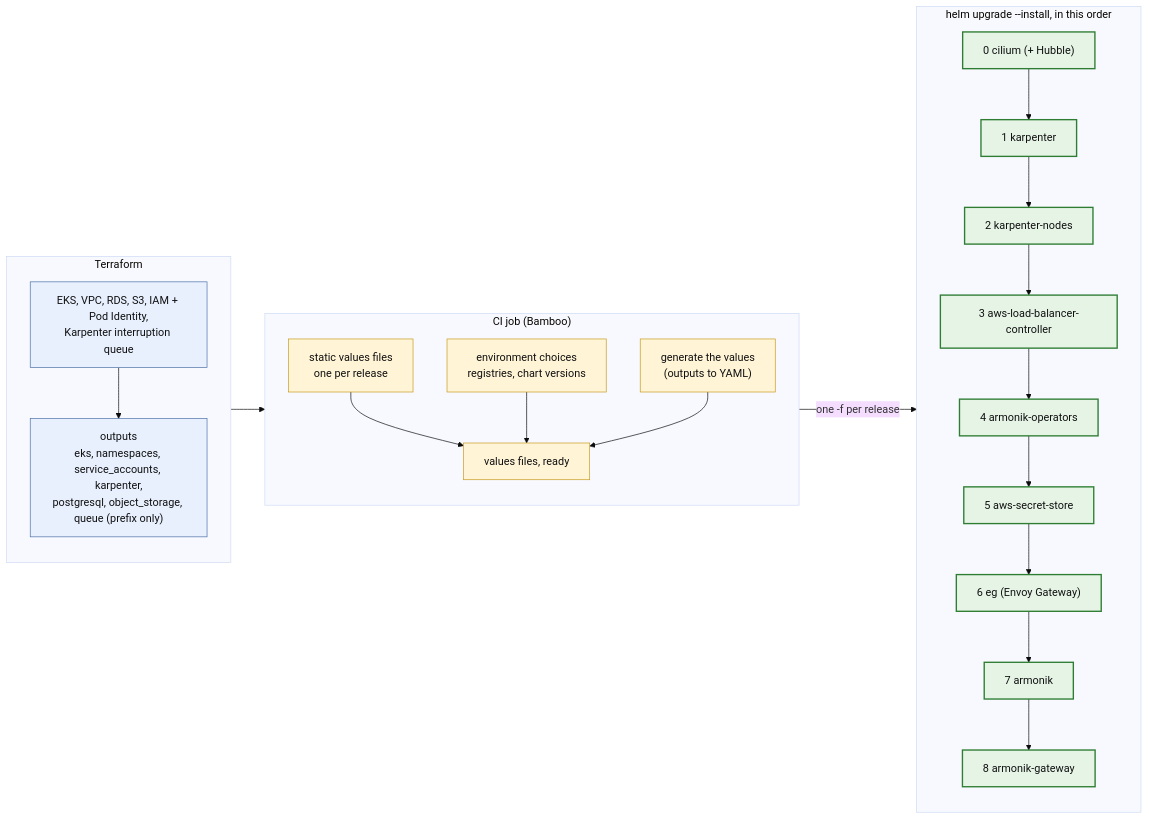
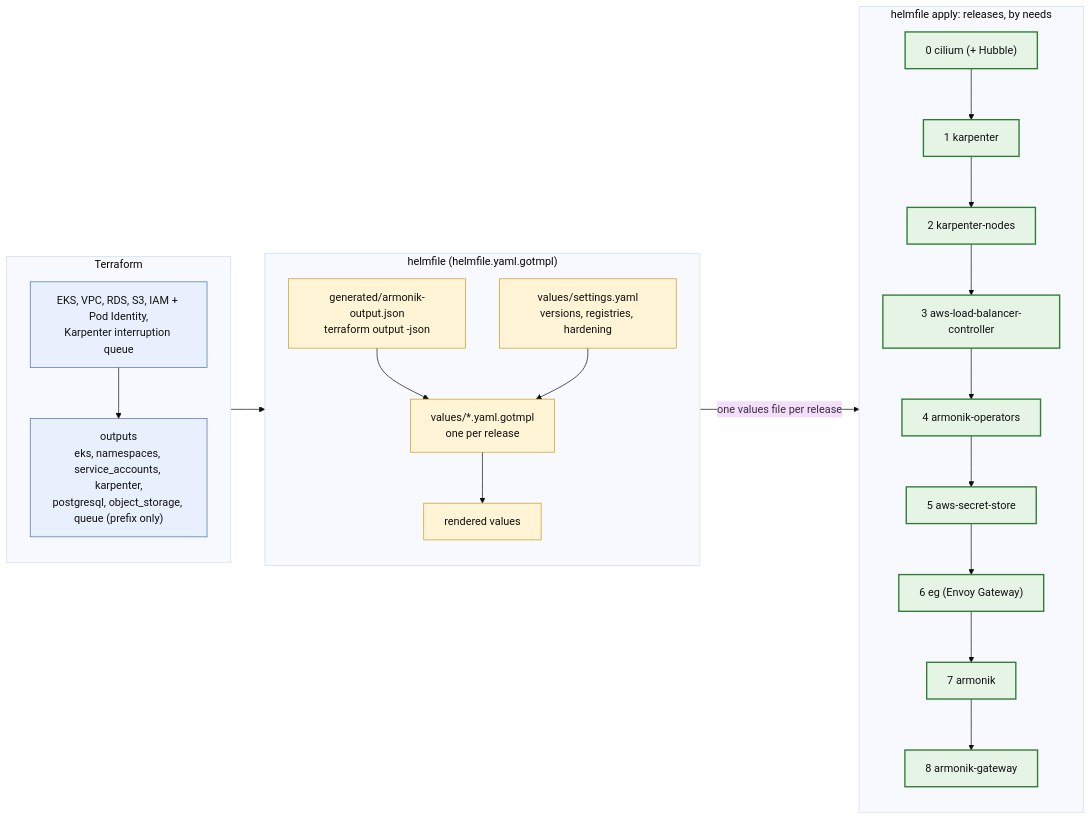
One commit to aneoconsulting/ArmoniK changed the diagram in infrastructure/quick-deploy/aws-charts/docs/diagrams/02-pipeline.md. Above: the diagram before and after it, drawn with Mermaid (base theme). The commit also changed other lines of this file and 22 other files, not shown here.

````diff
--- a/infrastructure/quick-deploy/aws-charts/docs/diagrams/02-pipeline.md
+++ b/infrastructure/quick-deploy/aws-charts/docs/diagrams/02-pipeline.md
@@ -6,40 +6,40 @@
 ```mermaid
 flowchart LR
     classDef tf fill:#e8f0fe,stroke:#4a6fa5,color:#111
     classDef gen fill:#fff4d6,stroke:#c79a1b,color:#111
     classDef rel fill:#e6f4e6,stroke:#2e7d32,stroke-width:2px,color:#111
 
     subgraph TF["Terraform"]
         direction TB
         INFRA["EKS, VPC, RDS, S3, IAM + Pod Identity,<br/>Karpenter interruption queue"]:::tf
         OUT["outputs<br/>eks, namespaces, service_accounts, karpenter,<br/>postgresql, object_storage, queue (prefix only)"]:::tf
         INFRA --> OUT
     end
 
-    subgraph CI["CI job (Bamboo)"]
+    subgraph HF["helmfile (helmfile.yaml.gotmpl)"]
         direction TB
-        STATIC["static values files<br/>one per release"]:::gen
-        ENV["environment choices<br/>registries, chart versions"]:::gen
-        GEN["generate the values<br/>(outputs to YAML)"]:::gen
-        VALS["values files, ready"]:::gen
-        STATIC --> VALS
-        ENV --> VALS
-        GEN --> VALS
+        JSON["generated/armonik-output.json<br/>terraform output -json"]:::gen
+        SET["values/settings.yaml<br/>versions, registries, hardening"]:::gen
+        TPL["values/*.yaml.gotmpl<br/>one per release"]:::gen
+        VALS["rendered values"]:::gen
+        JSON --> TPL
+        SET --> TPL
+        TPL --> VALS
     end
-    OUT --> GEN
+    OUT --> JSON
 
-    subgraph HELM["helm upgrade --install, in this order"]
+    subgraph HELM["helmfile apply: releases, by needs"]
         direction TB
         R0["0 cilium (+ Hubble)"]:::rel
         R1["1 karpenter"]:::rel
         R2["2 karpenter-nodes"]:::rel
         R3["3 aws-load-balancer-controller"]:::rel
         R4["4 armonik-operators"]:::rel
         R5["5 aws-secret-store"]:::rel
         R6["6 eg (Envoy Gateway)"]:::rel
         R7["7 armonik"]:::rel
         R8["8 armonik-gateway"]:::rel
         R0 --> R1 --> R2 --> R3 --> R4 --> R5 --> R6 --> R7 --> R8
     end
-    VALS -->|"one -f per release"| HELM
+    VALS -->|"one values file per release"| HELM
 ```
````
